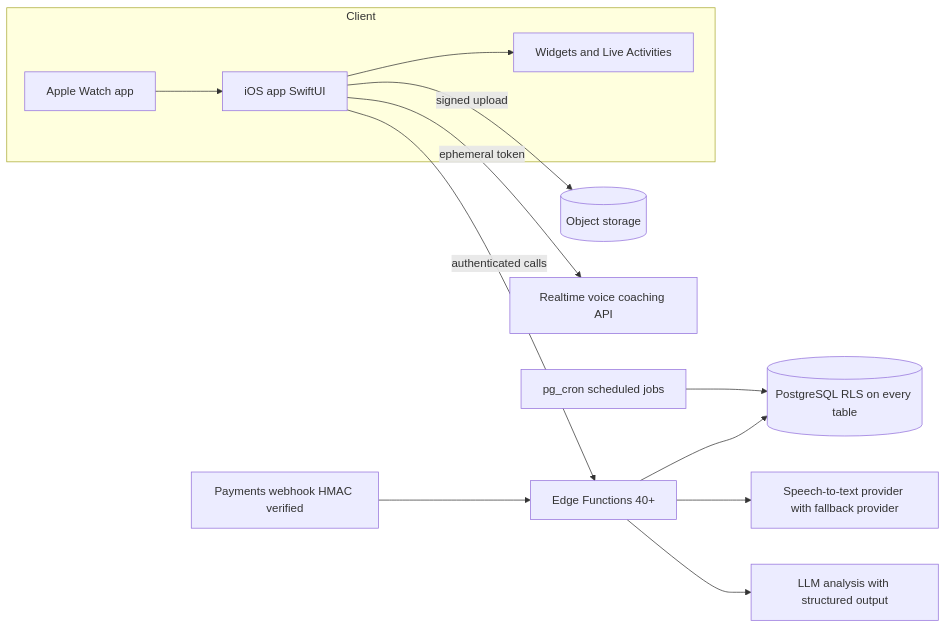
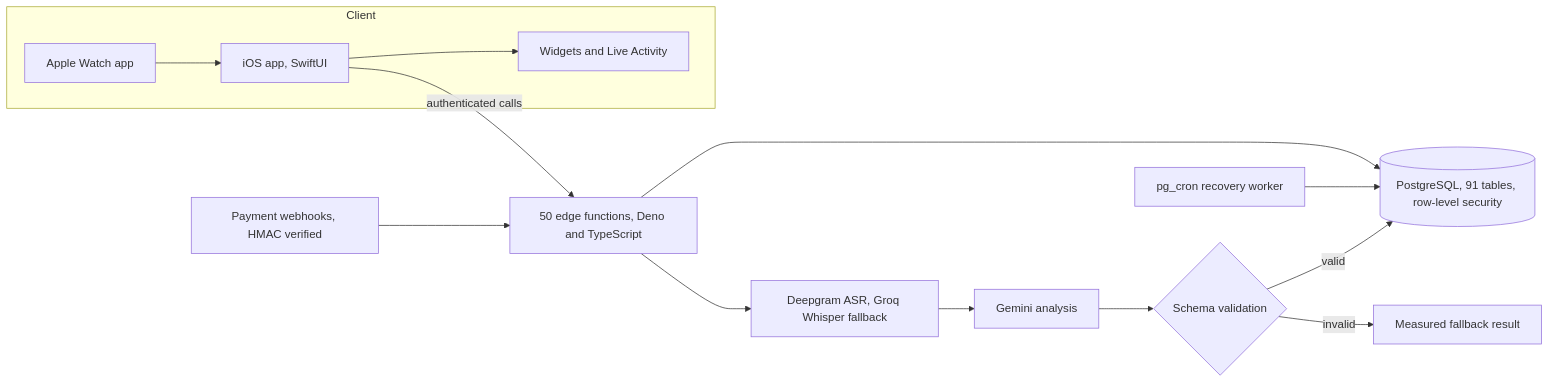
Before and after one commit to TechVoyagerr/orately: the diagram in README.md, drawn with Mermaid. The commit also changed other lines of this file, not shown here.

Commit message:
Rewrite README with verified figures

````diff
--- a/README.md
+++ b/README.md
@@ -35,15 +23,16 @@
 ```mermaid
 flowchart LR
   subgraph Client
-    W[Apple Watch app] --> A[iOS app SwiftUI]
-    A --> WD[Widgets and Live Activities]
+    W[Apple Watch app] --> A[iOS app, SwiftUI]
+    A --> WD[Widgets and Live Activity]
   end
-  A -- signed upload --> S[(Object storage)]
-  A -- authenticated calls --> EF[Edge Functions 40+]
-  EF --> DB[(PostgreSQL RLS on every table)]
-  EF --> T[Speech-to-text provider with fallback provider]
-  EF --> G[LLM analysis with structured output]
-  A -- ephemeral token --> LIVE[Realtime voice coaching API]
-  CRON[pg_cron scheduled jobs] --> DB
-  RC[Payments webhook HMAC verified] --> EF
+  A -->|authenticated calls| EF[50 edge functions, Deno and TypeScript]
+  EF --> DB[(PostgreSQL, 91 tables, row-level security)]
+  EF --> ASR[Deepgram ASR, Groq Whisper fallback]
+  ASR --> LLM[Gemini analysis]
+  LLM --> V{Schema validation}
+  V -->|valid| DB
+  V -->|invalid| FB[Measured fallback result]
+  CRON[pg_cron recovery worker] --> DB
+  PAY[Payment webhooks, HMAC verified] --> EF
 ```
````
